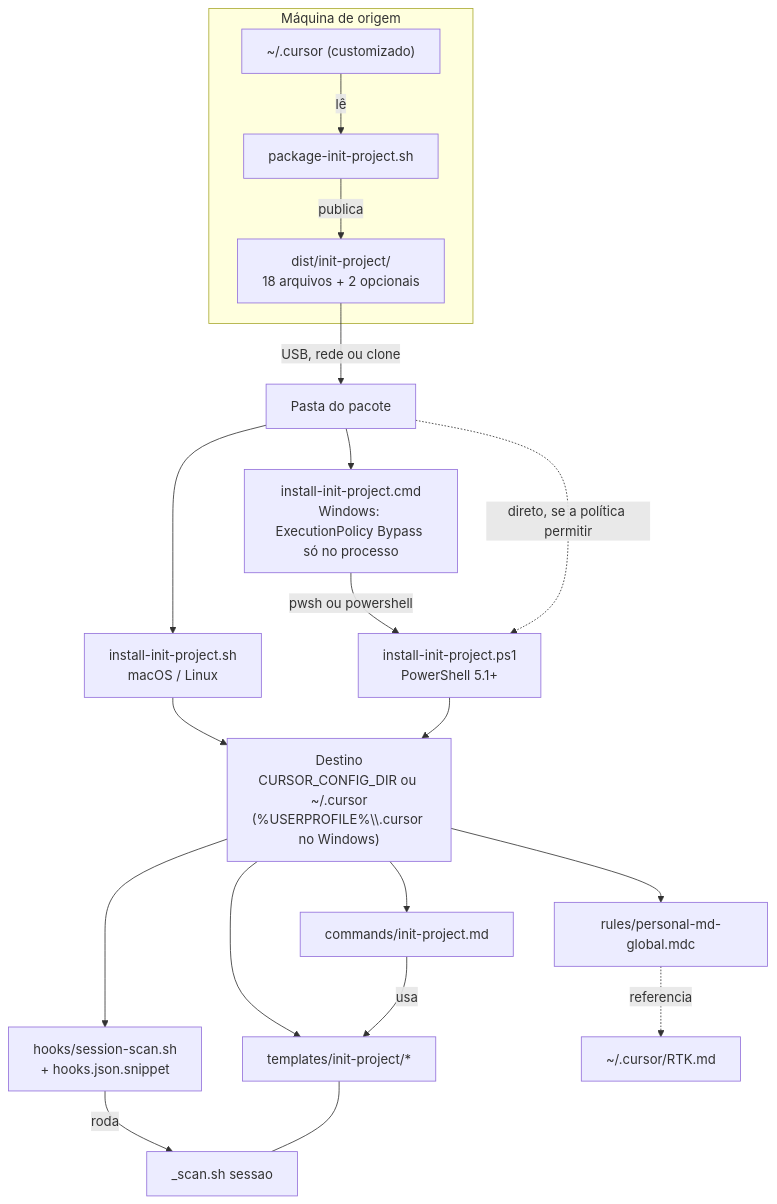
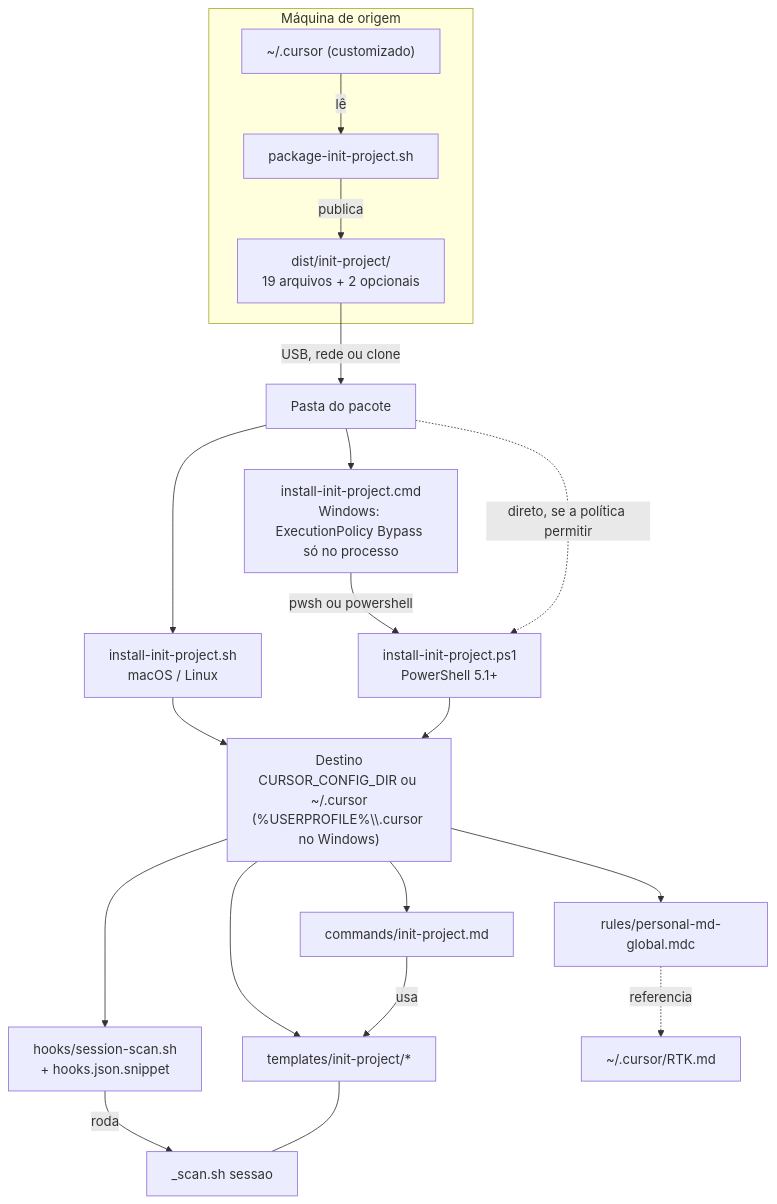
Before and after one commit to c3t4r4/Personal-MD-for-Cursor: the first of 4 diagrams in docs/Organograma.md, drawn with Mermaid. The commit also changed other lines of this file and 18 other files, not shown here.

````diff
--- a/docs/Organograma.md
+++ b/docs/Organograma.md
@@ -7,30 +7,30 @@
 ```mermaid
 flowchart TD
     subgraph origem["Máquina de origem"]
         CURSOR_SRC["~/.cursor (customizado)"]
         PKG["package-init-project.sh"]
-        DIST["dist/init-project/<br/>18 arquivos + 2 opcionais"]
+        DIST["dist/init-project/<br/>19 arquivos + 2 opcionais"]
         CURSOR_SRC -->|lê| PKG
         PKG -->|publica| DIST
     end
 
     DIST -->|USB, rede ou clone| ENTREGA["Pasta do pacote"]
 
     ENTREGA --> SH["install-init-project.sh<br/>macOS / Linux"]
     ENTREGA --> CMD_WIN["install-init-project.cmd<br/>Windows: ExecutionPolicy Bypass só no processo"]
     CMD_WIN -->|pwsh ou powershell| PS1["install-init-project.ps1<br/>PowerShell 5.1+"]
     ENTREGA -.->|direto, se a política permitir| PS1
 
     SH --> DEST["Destino<br/>CURSOR_CONFIG_DIR ou ~/.cursor<br/>(%USERPROFILE%\\.cursor no Windows)"]
     PS1 --> DEST
 
     DEST --> RULE["rules/personal-md-global.mdc"]
     DEST --> CMD["commands/init-project.md"]
     DEST --> TPL["templates/init-project/*"]
     DEST --> HOOK["hooks/session-scan.sh<br/>+ hooks.json.snippet"]
 
     RULE -.->|referencia| RTK["~/.cursor/RTK.md"]
     CMD -->|usa| TPL
     HOOK -->|roda| SCAN["_scan.sh sessao"]
     TPL --- SCAN
 ```
````
